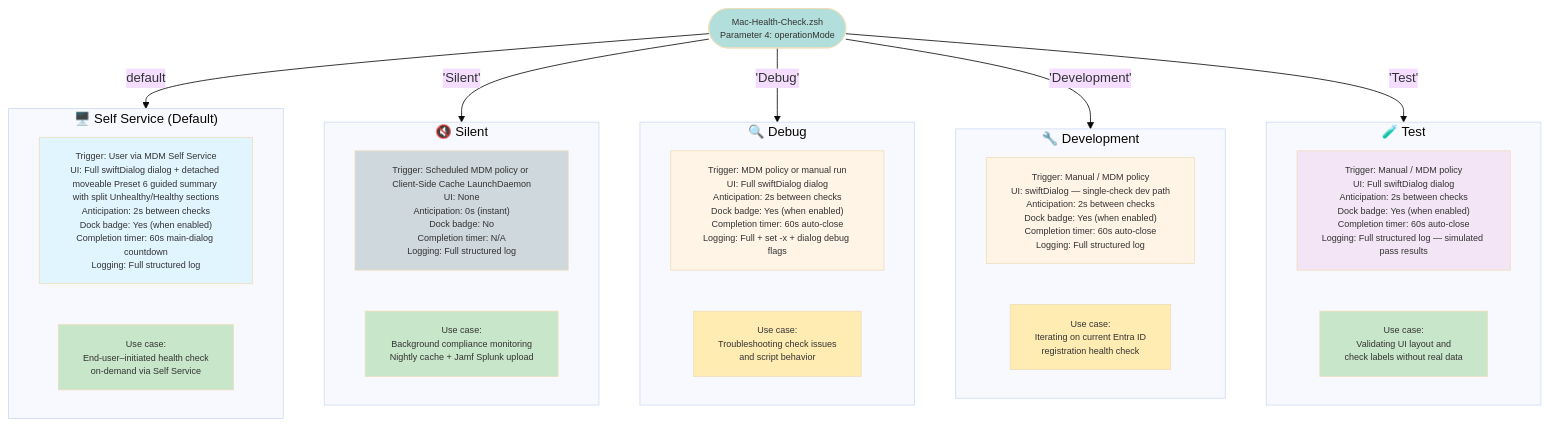
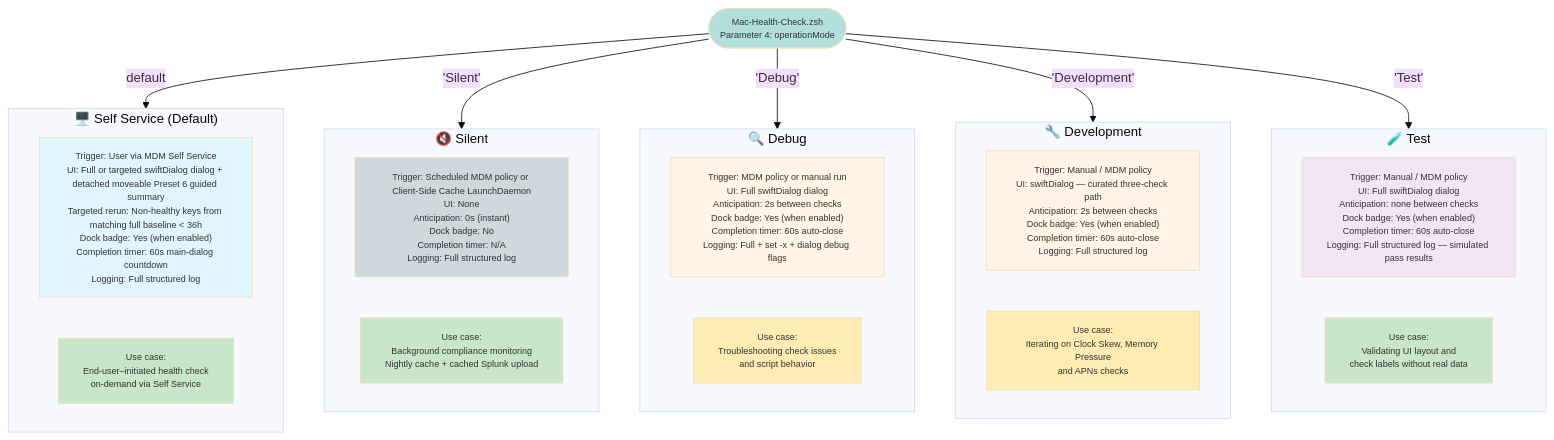
The diagram in Diagrams/05-operation-modes.md (dan-snelson/Mac-Health-Check), drawn with Mermaid (base theme) before and after one commit. The commit also changed other lines of this file and 56 other files, not shown here.

````diff
--- a/Diagrams/05-operation-modes.md
+++ b/Diagrams/05-operation-modes.md
@@ -5,54 +5,54 @@
 ```mermaid
 graph TB
     ENTRY(["Mac-Health-Check.zsh<br>Parameter 4: operationMode"])
 
     subgraph SelfService["🖥️ Self Service (Default)"]
-        SS_DESC["Trigger: User via MDM Self Service<br>UI: Full swiftDialog dialog + detached moveable Preset 6 guided summary with split Unhealthy/Healthy sections<br>Anticipation: 2s between checks<br>Dock badge: Yes (when enabled)<br>Completion timer: 60s main-dialog countdown<br>Logging: Full structured log"]
+        SS_DESC["Trigger: User via MDM Self Service<br>UI: Full or targeted swiftDialog dialog + detached moveable Preset 6 guided summary<br>Targeted rerun: Non-healthy keys from matching full baseline < 36h<br>Dock badge: Yes (when enabled)<br>Completion timer: 60s main-dialog countdown<br>Logging: Full structured log"]
         SS_USE["Use case:<br>End-user–initiated health check<br>on-demand via Self Service"]
 
         style SS_DESC fill:#e1f5ff
         style SS_USE fill:#c8e6c9
     end
 
     subgraph Silent["🔇 Silent"]
         SL_DESC["Trigger: Scheduled MDM policy or Client-Side Cache LaunchDaemon<br>UI: None<br>Anticipation: 0s (instant)<br>Dock badge: No<br>Completion timer: N/A<br>Logging: Full structured log"]
-        SL_USE["Use case:<br>Background compliance monitoring<br>Nightly cache + Jamf Splunk upload"]
+        SL_USE["Use case:<br>Background compliance monitoring<br>Nightly cache + cached Splunk upload"]
 
         style SL_DESC fill:#cfd8dc
         style SL_USE fill:#c8e6c9
     end
 
     subgraph Debug["🔍 Debug"]
         DB_DESC["Trigger: MDM policy or manual run<br>UI: Full swiftDialog dialog<br>Anticipation: 2s between checks<br>Dock badge: Yes (when enabled)<br>Completion timer: 60s auto-close<br>Logging: Full + set -x + dialog debug flags"]
         DB_USE["Use case:<br>Troubleshooting check issues<br>and script behavior"]
 
         style DB_DESC fill:#fff4e6
         style DB_USE fill:#ffecb3
     end
 
     subgraph Development["🔧 Development"]
-        DV_DESC["Trigger: Manual / MDM policy<br>UI: swiftDialog — single-check dev path<br>Anticipation: 2s between checks<br>Dock badge: Yes (when enabled)<br>Completion timer: 60s auto-close<br>Logging: Full structured log"]
-        DV_USE["Use case:<br>Iterating on current Entra ID<br>registration health check"]
+        DV_DESC["Trigger: Manual / MDM policy<br>UI: swiftDialog — curated three-check path<br>Anticipation: 2s between checks<br>Dock badge: Yes (when enabled)<br>Completion timer: 60s auto-close<br>Logging: Full structured log"]
+        DV_USE["Use case:<br>Iterating on Clock Skew, Memory Pressure<br>and APNs checks"]
 
         style DV_DESC fill:#fff4e6
         style DV_USE fill:#ffecb3
     end
 
     subgraph Test["🧪 Test"]
-        TS_DESC["Trigger: Manual / MDM policy<br>UI: Full swiftDialog dialog<br>Anticipation: 2s between checks<br>Dock badge: Yes (when enabled)<br>Completion timer: 60s auto-close<br>Logging: Full structured log — simulated pass results"]
+        TS_DESC["Trigger: Manual / MDM policy<br>UI: Full swiftDialog dialog<br>Anticipation: none between checks<br>Dock badge: Yes (when enabled)<br>Completion timer: 60s auto-close<br>Logging: Full structured log — simulated pass results"]
         TS_USE["Use case:<br>Validating UI layout and<br>check labels without real data"]
 
         style TS_DESC fill:#f3e5f5
         style TS_USE fill:#c8e6c9
     end
 
     ENTRY -->|default| SelfService
     ENTRY -->|"'Silent'"| Silent
     ENTRY -->|"'Debug'"| Debug
     ENTRY -->|"'Development'"| Development
     ENTRY -->|"'Test'"| Test
 
     style ENTRY fill:#b2dfdb
 
     classDef default font-size:11px
 ```
````
